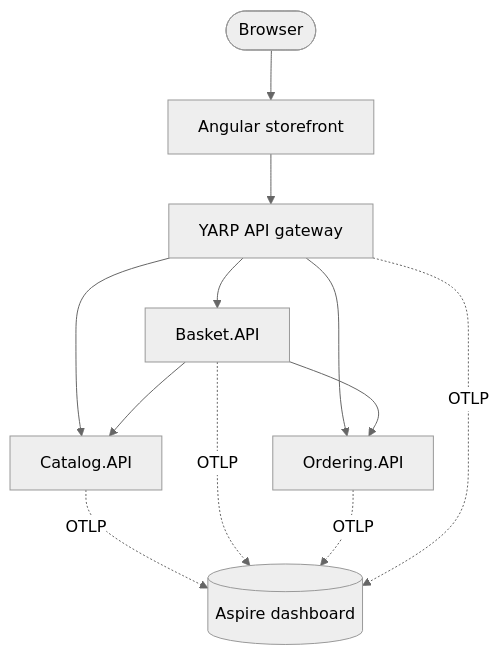
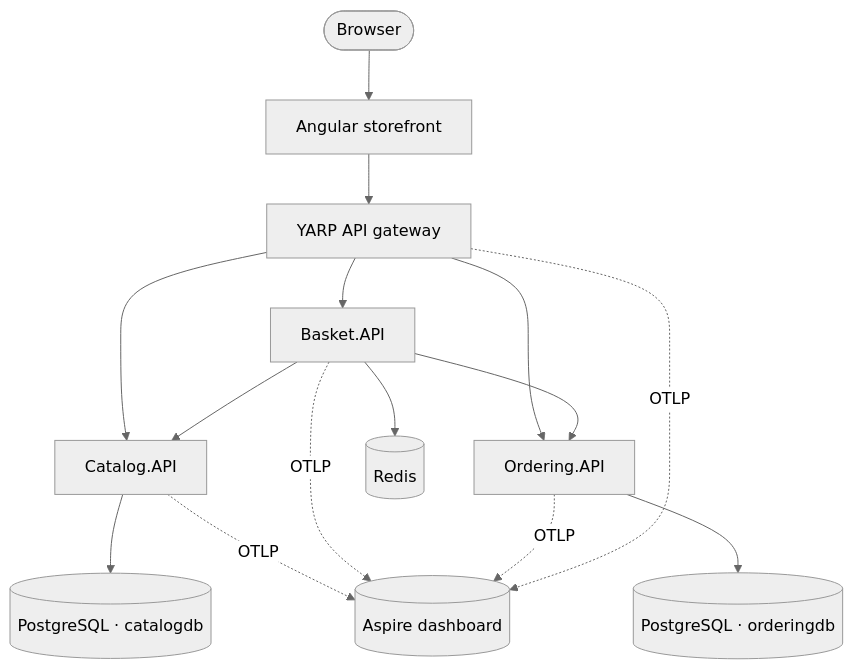
One commit to dejanciev-dev/aspnetcore-microservices changed the first of 4 diagrams in docs/architecture.md. Above: the diagram before and after it, drawn with Mermaid (neutral theme). The commit also changed other lines of this file and 2 other files, not shown here.

First line of the commit message:
Document PostgreSQL and Redis persistence

````diff
--- a/docs/architecture.md
+++ b/docs/architecture.md
@@ -18,16 +19,23 @@
 ```mermaid
 flowchart TB
     browser([Browser])
     spa[Angular storefront]
     gw[YARP API gateway]
     catalog[Catalog.API]
     basket[Basket.API]
     ordering[Ordering.API]
     dash[(Aspire dashboard)]
 
+    catalogdb[(PostgreSQL · catalogdb)]
+    orderingdb[(PostgreSQL · orderingdb)]
+    redis[(Redis)]
+
     browser --> spa --> gw
     gw --> catalog & basket & ordering
     basket --> catalog
     basket --> ordering
+    catalog --> catalogdb
+    ordering --> orderingdb
+    basket --> redis
     catalog & basket & ordering & gw -. OTLP .-> dash
 ```
````
